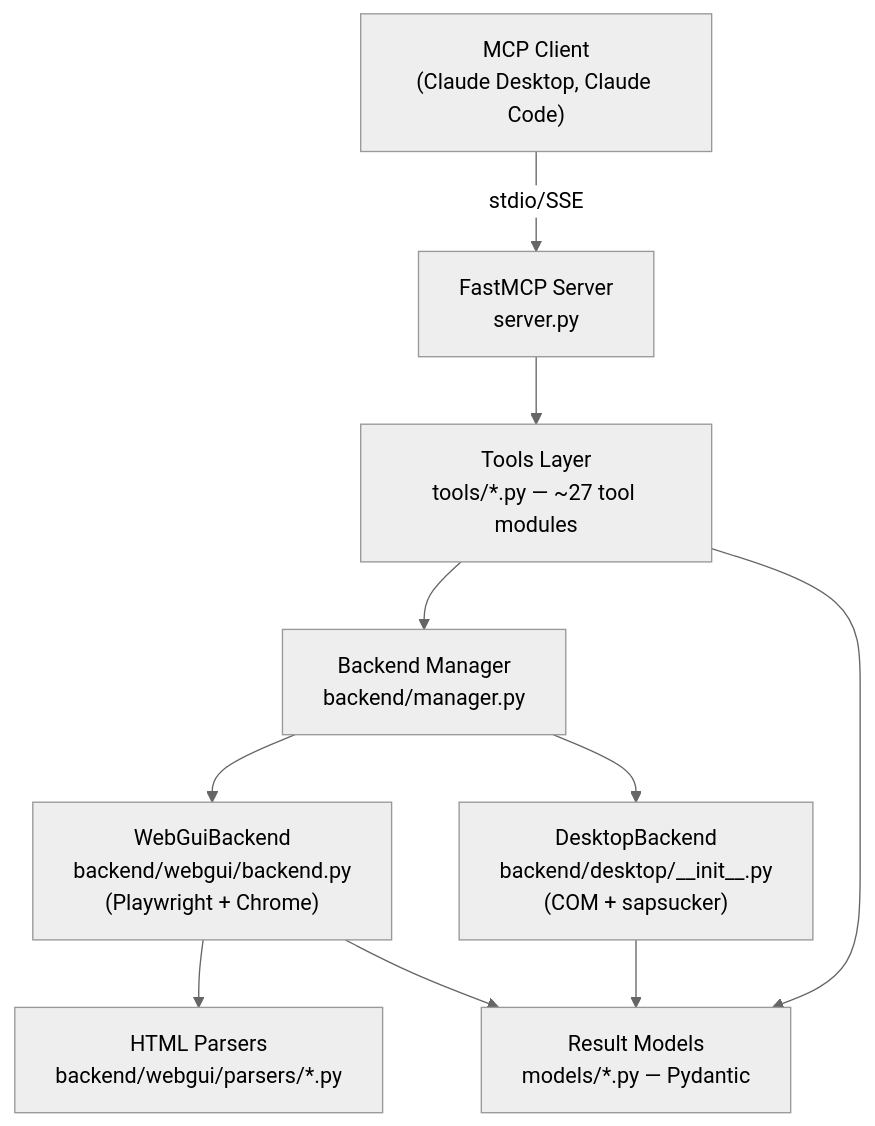
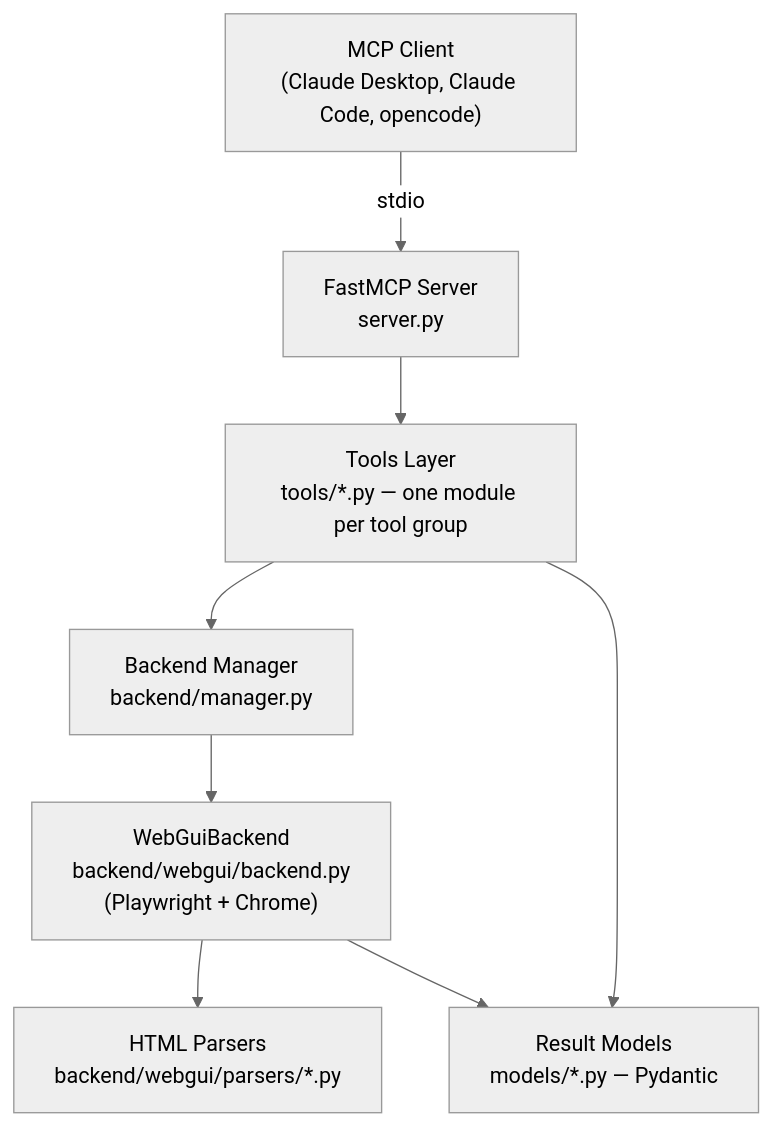
Before and after one commit to Hochfrequenz/sapwebgui.mcp: the first of 2 diagrams in ARCHITECTURE.md, drawn with Mermaid (neutral theme). The commit also changed other lines of this file and 21 other files, not shown here.

````diff
--- a/ARCHITECTURE.md
+++ b/ARCHITECTURE.md
@@ -13,21 +13,18 @@
 ```mermaid
 graph TD
-    Client["MCP Client<br/>(Claude Desktop, Claude Code)"]
+    Client["MCP Client<br/>(Claude Desktop, Claude Code, opencode)"]
     Server["FastMCP Server<br/>server.py"]
-    Tools["Tools Layer<br/>tools/*.py — ~27 tool modules"]
+    Tools["Tools Layer<br/>tools/*.py — one module per tool group"]
     Manager["Backend Manager<br/>backend/manager.py"]
     WebGUI["WebGuiBackend<br/>backend/webgui/backend.py<br/>(Playwright + Chrome)"]
-    Desktop["DesktopBackend<br/>backend/desktop/__init__.py<br/>(COM + sapsucker)"]
     Parsers["HTML Parsers<br/>backend/webgui/parsers/*.py"]
     Models["Result Models<br/>models/*.py — Pydantic"]
 
-    Client -->|stdio/SSE| Server
+    Client -->|stdio| Server
     Server --> Tools
     Tools --> Manager
     Manager --> WebGUI
-    Manager --> Desktop
     WebGUI --> Parsers
     Tools --> Models
     WebGUI --> Models
-    Desktop --> Models
 ```
````
